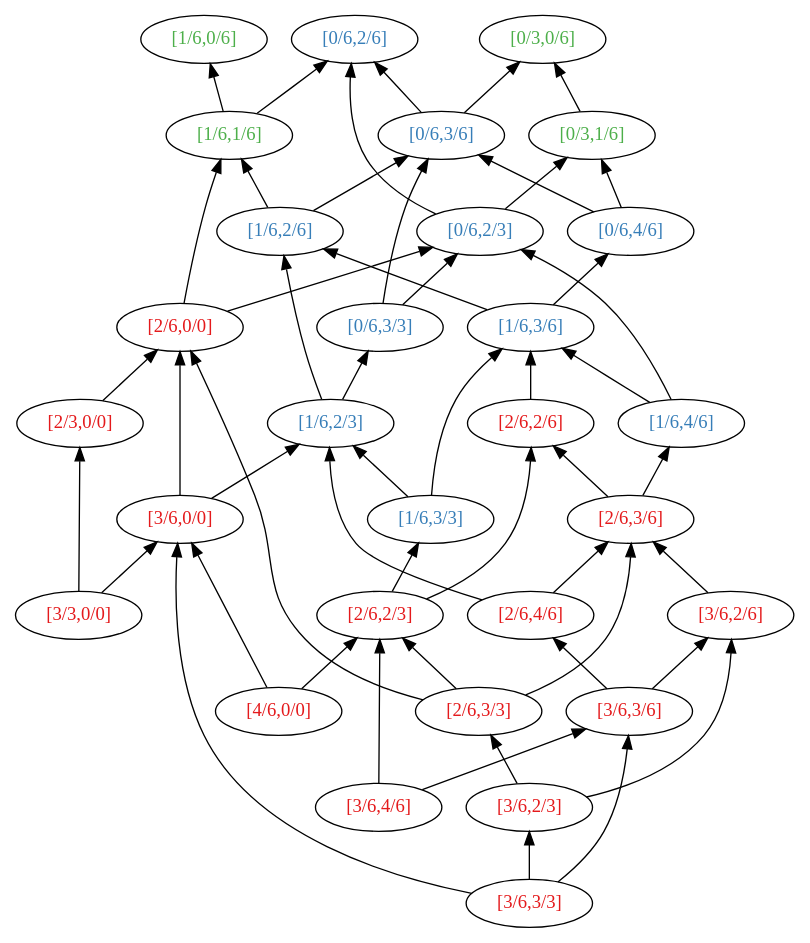
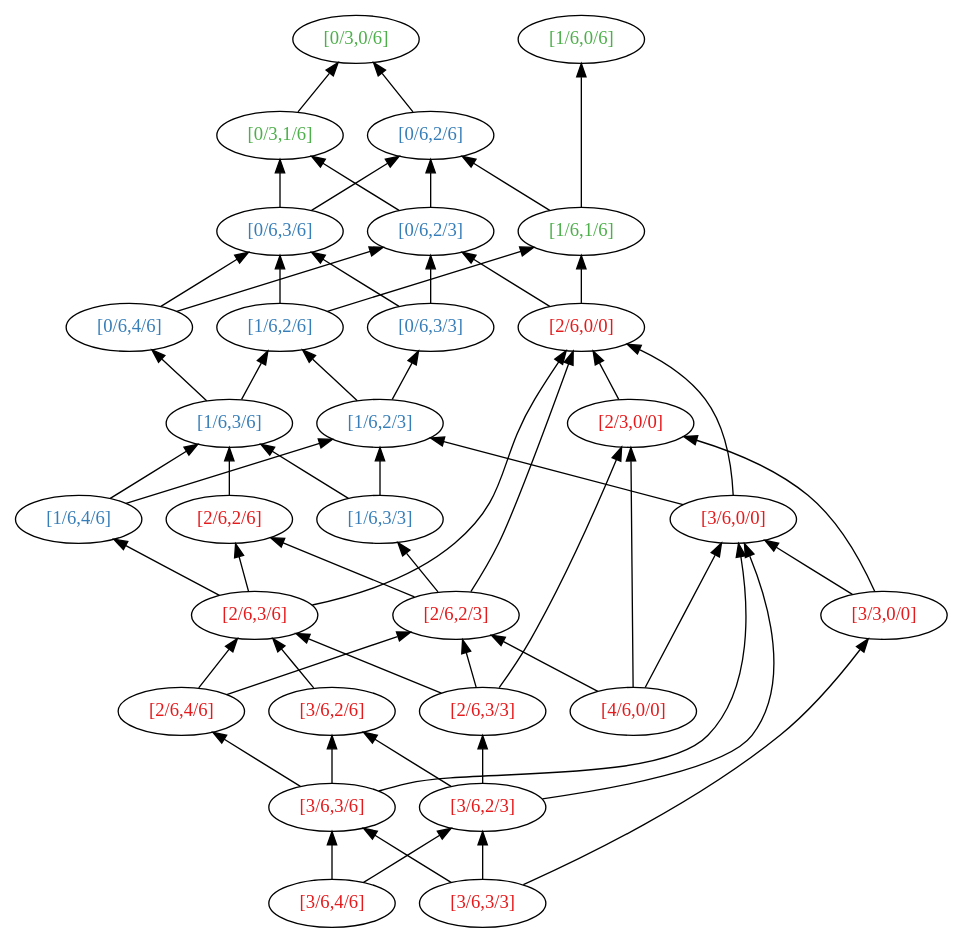
One commit to Precisfice/DEDUCTION changed the diagram in HasseD2.dot. Above: the diagram before and after it, drawn with Graphviz. The commit also changed 7 other files, not shown here.

Commit message:
Update Hasse diagrams for new order relation

```diff
--- a/HasseD2.dot
+++ b/HasseD2.dot
@@ -1,103 +1,109 @@
 strict digraph hasseD2 {
   rankdir=BT;
   node [colorscheme=set14, fontname="Helvetica:bold"];
   { rank=same;
     "[3/6,3/3]" [fontcolor=1];
+    "[3/6,4/6]" [fontcolor=1];
   }
   { rank=same;
-    "[3/6,4/6]" [fontcolor=1];
     "[3/6,2/3]" [fontcolor=1];
+    "[3/6,3/6]" [fontcolor=1];
   }
   { rank=same;
-    "[3/6,3/6]" [fontcolor=1];
+    "[4/6,0/0]" [fontcolor=1];
     "[2/6,3/3]" [fontcolor=1];
-    "[4/6,0/0]" [fontcolor=1];
+    "[2/6,4/6]" [fontcolor=1];
+    "[3/6,2/6]" [fontcolor=1];
   }
   { rank=same;
-    "[2/6,4/6]" [fontcolor=1];
-    "[3/6,2/6]" [fontcolor=1];
+    "[3/3,0/0]" [fontcolor=1];
     "[2/6,2/3]" [fontcolor=1];
-    "[3/3,0/0]" [fontcolor=1];
+    "[2/6,3/6]" [fontcolor=1];
   }
   { rank=same;
-    "[2/6,3/6]" [fontcolor=1];
+    "[3/6,0/0]" [fontcolor=1];
     "[1/6,3/3]" [fontcolor=2];
-    "[3/6,0/0]" [fontcolor=1];
+    "[1/6,4/6]" [fontcolor=2];
+    "[2/6,2/6]" [fontcolor=1];
   }
   { rank=same;
-    "[1/6,4/6]" [fontcolor=2];
-    "[2/6,2/6]" [fontcolor=1];
+    "[2/3,0/0]" [fontcolor=1];
     "[1/6,2/3]" [fontcolor=2];
-    "[2/3,0/0]" [fontcolor=1];
+    "[1/6,3/6]" [fontcolor=2];
   }
   { rank=same;
-    "[1/6,3/6]" [fontcolor=2];
+    "[2/6,0/0]" [fontcolor=1];
     "[0/6,3/3]" [fontcolor=2];
-    "[2/6,0/0]" [fontcolor=1];
+    "[0/6,4/6]" [fontcolor=2];
+    "[1/6,2/6]" [fontcolor=2];
   }
   { rank=same;
-    "[0/6,4/6]" [fontcolor=2];
-    "[1/6,2/6]" [fontcolor=2];
     "[0/6,2/3]" [fontcolor=2];
+    "[0/6,3/6]" [fontcolor=2];
+    "[1/6,1/6]" [fontcolor=3];
   }
   { rank=same;
-    "[0/6,3/6]" [fontcolor=2];
-    "[1/6,1/6]" [fontcolor=3];
     "[0/3,1/6]" [fontcolor=3];
+    "[0/6,2/6]" [fontcolor=2];
   }
   { rank=same;
-    "[0/6,2/6]" [fontcolor=2];
+    "[0/3,0/6]" [fontcolor=3];
     "[1/6,0/6]" [fontcolor=3];
-    "[0/3,0/6]" [fontcolor=3];
   }
+  "[3/6,3/3]" -> "[3/3,0/0]";
+  "[3/6,3/3]" -> "[3/6,2/3]";
+  "[3/6,3/3]" -> "[3/6,3/6]";
+  "[3/3,0/0]" -> "[2/3,0/0]";
+  "[3/3,0/0]" -> "[3/6,0/0]";
+  "[3/6,4/6]" -> "[3/6,2/3]";
   "[3/6,4/6]" -> "[3/6,3/6]";
-  "[3/6,4/6]" -> "[2/6,2/3]";
-  "[3/6,3/3]" -> "[3/6,3/6]";
-  "[3/6,3/3]" -> "[3/6,2/3]";
-  "[3/6,3/3]" -> "[3/6,0/0]";
+  "[4/6,0/0]" -> "[2/3,0/0]";
+  "[4/6,0/0]" -> "[3/6,0/0]";
+  "[4/6,0/0]" -> "[2/6,2/3]";
+  "[3/6,2/3]" -> "[2/6,3/3]";
+  "[3/6,2/3]" -> "[3/6,0/0]";
+  "[3/6,2/3]" -> "[3/6,2/6]";
+  "[2/6,3/3]" -> "[2/3,0/0]";
+  "[2/6,3/3]" -> "[2/6,2/3]";
+  "[2/6,3/3]" -> "[2/6,3/6]";
+  "[2/3,0/0]" -> "[2/6,0/0]";
   "[3/6,3/6]" -> "[2/6,4/6]";
+  "[3/6,3/6]" -> "[3/6,0/0]";
   "[3/6,3/6]" -> "[3/6,2/6]";
+  "[2/6,4/6]" -> "[2/6,2/3]";
   "[2/6,4/6]" -> "[2/6,3/6]";
-  "[2/6,4/6]" -> "[1/6,2/3]";
-  "[3/6,2/3]" -> "[3/6,2/6]";
-  "[3/6,2/3]" -> "[2/6,3/3]";
+  "[3/6,0/0]" -> "[2/6,0/0]";
+  "[3/6,0/0]" -> "[1/6,2/3]";
+  "[2/6,2/3]" -> "[1/6,3/3]";
+  "[2/6,2/3]" -> "[2/6,0/0]";
+  "[2/6,2/3]" -> "[2/6,2/6]";
+  "[1/6,3/3]" -> "[1/6,2/3]";
+  "[1/6,3/3]" -> "[1/6,3/6]";
   "[3/6,2/6]" -> "[2/6,3/6]";
-  "[2/6,3/3]" -> "[2/6,3/6]";
-  "[2/6,3/3]" -> "[2/6,2/3]";
-  "[2/6,3/3]" -> "[2/6,0/0]";
   "[2/6,3/6]" -> "[1/6,4/6]";
+  "[2/6,3/6]" -> "[2/6,0/0]";
   "[2/6,3/6]" -> "[2/6,2/6]";
+  "[1/6,4/6]" -> "[1/6,2/3]";
   "[1/6,4/6]" -> "[1/6,3/6]";
-  "[1/6,4/6]" -> "[0/6,2/3]";
-  "[4/6,0/0]" -> "[2/6,2/3]";
-  "[4/6,0/0]" -> "[3/6,0/0]";
-  "[2/6,2/3]" -> "[2/6,2/6]";
-  "[2/6,2/3]" -> "[1/6,3/3]";
+  "[2/6,0/0]" -> "[0/6,2/3]";
+  "[2/6,0/0]" -> "[1/6,1/6]";
+  "[1/6,2/3]" -> "[0/6,3/3]";
+  "[1/6,2/3]" -> "[1/6,2/6]";
+  "[0/6,3/3]" -> "[0/6,2/3]";
+  "[0/6,3/3]" -> "[0/6,3/6]";
   "[2/6,2/6]" -> "[1/6,3/6]";
-  "[1/6,3/3]" -> "[1/6,3/6]";
-  "[1/6,3/3]" -> "[1/6,2/3]";
   "[1/6,3/6]" -> "[0/6,4/6]";
   "[1/6,3/6]" -> "[1/6,2/6]";
+  "[0/6,4/6]" -> "[0/6,2/3]";
   "[0/6,4/6]" -> "[0/6,3/6]";
-  "[0/6,4/6]" -> "[0/3,1/6]";
-  "[3/3,0/0]" -> "[3/6,0/0]";
-  "[3/3,0/0]" -> "[2/3,0/0]";
-  "[3/6,0/0]" -> "[1/6,2/3]";
-  "[3/6,0/0]" -> "[2/6,0/0]";
-  "[1/6,2/3]" -> "[1/6,2/6]";
-  "[1/6,2/3]" -> "[0/6,3/3]";
+  "[0/6,2/3]" -> "[0/3,1/6]";
+  "[0/6,2/3]" -> "[0/6,2/6]";
   "[1/6,2/6]" -> "[0/6,3/6]";
   "[1/6,2/6]" -> "[1/6,1/6]";
-  "[0/6,3/3]" -> "[0/6,3/6]";
-  "[0/6,3/3]" -> "[0/6,2/3]";
+  "[0/6,3/6]" -> "[0/3,1/6]";
   "[0/6,3/6]" -> "[0/6,2/6]";
-  "[0/6,3/6]" -> "[0/3,0/6]";
-  "[2/3,0/0]" -> "[2/6,0/0]";
-  "[2/6,0/0]" -> "[1/6,1/6]";
-  "[2/6,0/0]" -> "[0/6,2/3]";
+  "[0/3,1/6]" -> "[0/3,0/6]";
   "[1/6,1/6]" -> "[0/6,2/6]";
   "[1/6,1/6]" -> "[1/6,0/6]";
-  "[0/6,2/3]" -> "[0/6,2/6]";
-  "[0/6,2/3]" -> "[0/3,1/6]";
-  "[0/3,1/6]" -> "[0/3,0/6]";
+  "[0/6,2/6]" -> "[0/3,0/6]";
 }
```
